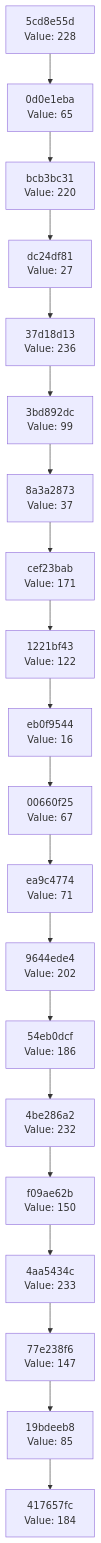
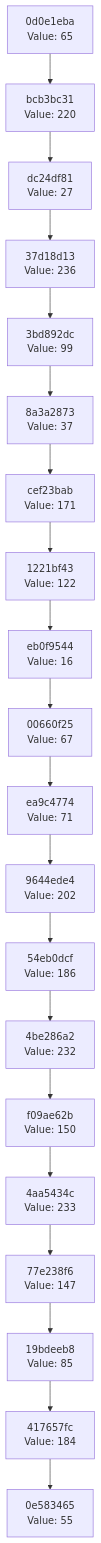
Before and after one commit to Abhisheksinha1506/hash-chain-evolver: the diagram in docs/CHAIN_VISUALIZATION.md, drawn with Mermaid. The commit also changed 2 other files, not shown here.

Commit message:
Evolution step: hash 0x37 → action executed

````diff
--- a/docs/CHAIN_VISUALIZATION.md
+++ b/docs/CHAIN_VISUALIZATION.md
@@ -3,42 +3,42 @@
 ```mermaid
 graph TD
-    C0["417657fc<br/>Value: 184"]
-    C1["19bdeeb8<br/>Value: 85"]
+    C0["0e583465<br/>Value: 55"]
+    C1["417657fc<br/>Value: 184"]
     C1 --> C0
-    C2["77e238f6<br/>Value: 147"]
+    C2["19bdeeb8<br/>Value: 85"]
     C2 --> C1
-    C3["4aa5434c<br/>Value: 233"]
+    C3["77e238f6<br/>Value: 147"]
     C3 --> C2
-    C4["f09ae62b<br/>Value: 150"]
+    C4["4aa5434c<br/>Value: 233"]
     C4 --> C3
-    C5["4be286a2<br/>Value: 232"]
+    C5["f09ae62b<br/>Value: 150"]
     C5 --> C4
-    C6["54eb0dcf<br/>Value: 186"]
+    C6["4be286a2<br/>Value: 232"]
     C6 --> C5
-    C7["9644ede4<br/>Value: 202"]
+    C7["54eb0dcf<br/>Value: 186"]
     C7 --> C6
-    C8["ea9c4774<br/>Value: 71"]
+    C8["9644ede4<br/>Value: 202"]
     C8 --> C7
-    C9["00660f25<br/>Value: 67"]
+    C9["ea9c4774<br/>Value: 71"]
     C9 --> C8
-    C10["eb0f9544<br/>Value: 16"]
+    C10["00660f25<br/>Value: 67"]
     C10 --> C9
-    C11["1221bf43<br/>Value: 122"]
+    C11["eb0f9544<br/>Value: 16"]
     C11 --> C10
-    C12["cef23bab<br/>Value: 171"]
+    C12["1221bf43<br/>Value: 122"]
     C12 --> C11
-    C13["8a3a2873<br/>Value: 37"]
+    C13["cef23bab<br/>Value: 171"]
     C13 --> C12
-    C14["3bd892dc<br/>Value: 99"]
+    C14["8a3a2873<br/>Value: 37"]
     C14 --> C13
-    C15["37d18d13<br/>Value: 236"]
+    C15["3bd892dc<br/>Value: 99"]
     C15 --> C14
-    C16["dc24df81<br/>Value: 27"]
+    C16["37d18d13<br/>Value: 236"]
     C16 --> C15
-    C17["bcb3bc31<br/>Value: 220"]
+    C17["dc24df81<br/>Value: 27"]
     C17 --> C16
-    C18["0d0e1eba<br/>Value: 65"]
+    C18["bcb3bc31<br/>Value: 220"]
     C18 --> C17
-    C19["5cd8e55d<br/>Value: 228"]
+    C19["0d0e1eba<br/>Value: 65"]
     C19 --> C18
 ```
````
